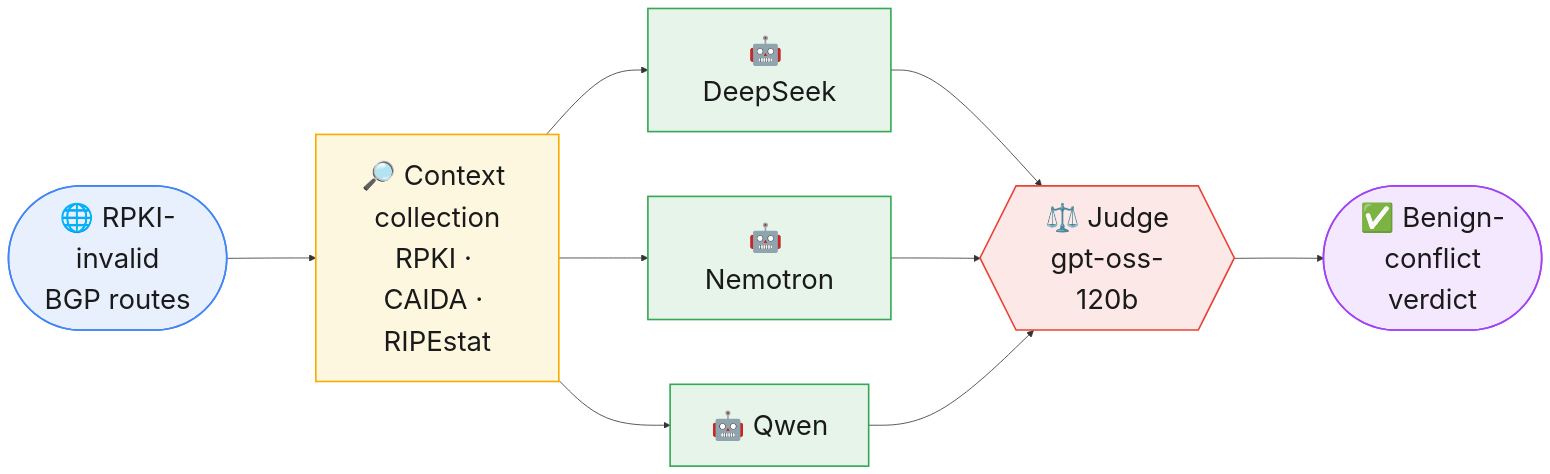
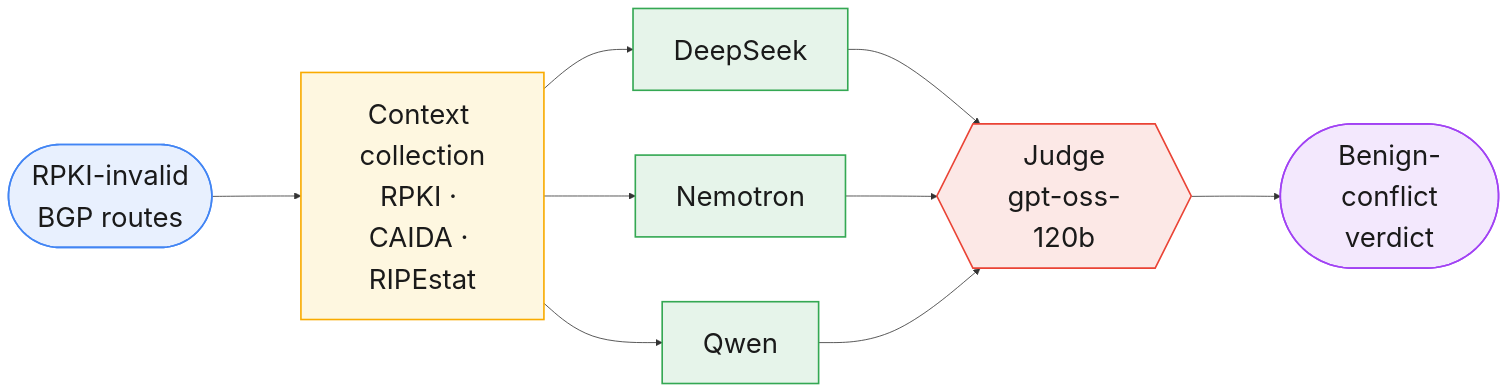
One commit to zsjstart/LLMOV changed the diagram in README.md. Above: the diagram before and after it, drawn with Mermaid.

Commit message:
Drop emoji from diagram (couldn't be sized independently of text)

````diff
--- a/README.md
+++ b/README.md
@@ -15,27 +15,27 @@
 ```mermaid
 %%{init: {"flowchart": {"nodeSpacing": 80, "rankSpacing": 110, "padding": 25}, "themeVariables": {"fontSize": "34px"}}}%%
 flowchart LR
-    A(["🌐 RPKI-invalid<br/>BGP routes"]) --> B["🔎 Context collection<br/>RPKI · CAIDA · RIPEstat"]
+    A(["RPKI-invalid<br/>BGP routes"]) --> B["Context collection<br/>RPKI · CAIDA · RIPEstat"]
 
-    B --> C1["🤖 DeepSeek"]
-    B --> C2["🤖 Nemotron"]
-    B --> C3["🤖 Qwen"]
+    B --> C1["DeepSeek"]
+    B --> C2["Nemotron"]
+    B --> C3["Qwen"]
 
-    C1 --> D{{"⚖️ Judge<br/>gpt-oss-120b"}}
+    C1 --> D{{"Judge<br/>gpt-oss-120b"}}
     C2 --> D
     C3 --> D
 
-    D --> E(["✅ Benign-conflict<br/>verdict"])
+    D --> E(["Benign-conflict<br/>verdict"])
 
     classDef input fill:#e8f0fe,stroke:#4285f4,stroke-width:2px,color:#1a1a1a;
     classDef context fill:#fef7e0,stroke:#f9ab00,stroke-width:2px,color:#1a1a1a;
     classDef model fill:#e6f4ea,stroke:#34a853,stroke-width:2px,color:#1a1a1a;
     classDef judge fill:#fce8e6,stroke:#ea4335,stroke-width:2px,color:#1a1a1a;
     classDef output fill:#f3e8fd,stroke:#a142f4,stroke-width:2px,color:#1a1a1a;
 
     class A input;
     class B context;
     class C1,C2,C3 model;
     class D judge;
     class E output;
 ```
````
